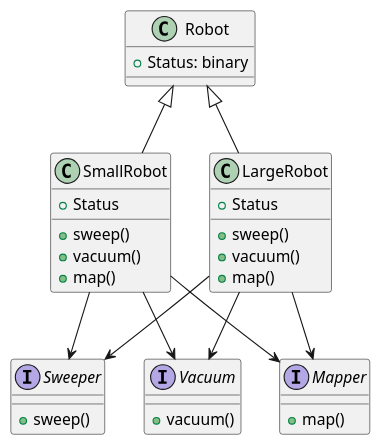
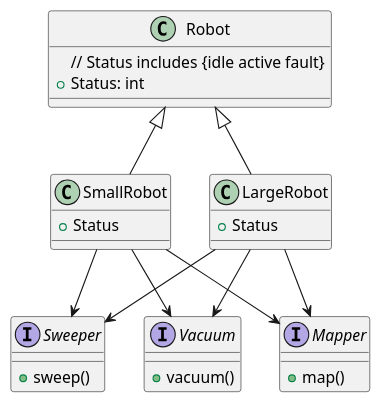
One commit to ur-cs-courses/course-project-silver-bullet changed the diagram in docs/design/class_diagram/robot_class_diagram.puml. Above: the diagram before and after it, drawn with PlantUML. The commit also changed 2 other files, not shown here.

Commit message:
Rearrange the robot class diagram png file and modify the structure of the robot class
Rearrange the robot class diagram png file and modify the structure of the robot class

```diff
--- a/docs/design/class_diagram/robot_class_diagram.puml
+++ b/docs/design/class_diagram/robot_class_diagram.puml
@@ -1,43 +1,38 @@
 @startuml
 class Robot {
-    +Status: binary
+// Status includes {idle active fault}
+    +Status: int
 }
 
 class SmallRobot {
     +Status
-    +sweep()
-    +vacuum()
-    +map()
 }
 
 class LargeRobot {
     +Status
-    +sweep()
-    +vacuum()
-    +map()
 }
 
 interface Sweeper {
     +sweep()
 }
 
 interface Vacuum {
     +vacuum()
 }
 
 interface Mapper {
     +map()
 }
 
 
 Robot <|-- SmallRobot
 Robot <|-- LargeRobot
 
 SmallRobot --> Sweeper
 SmallRobot --> Vacuum
 SmallRobot --> Mapper
 
 LargeRobot --> Sweeper
 LargeRobot --> Vacuum
 LargeRobot --> Mapper
 @enduml
```
